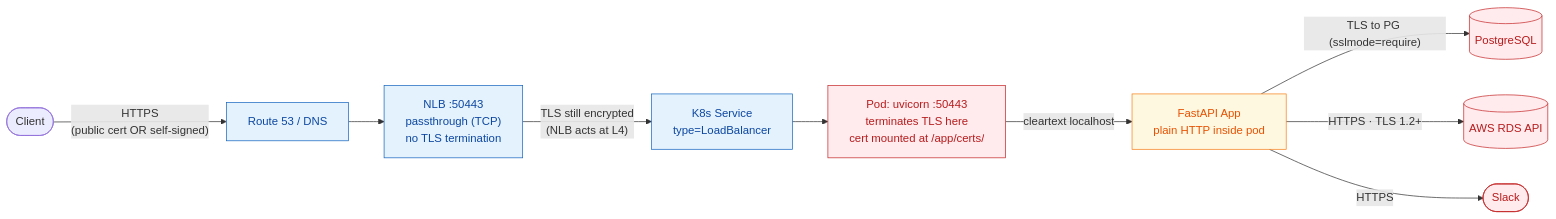
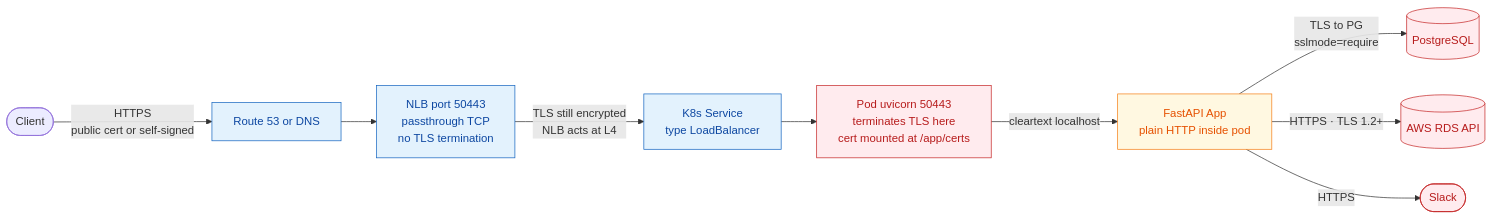
One commit to skondla/fastAPIWebApp changed the ninth of 13 diagrams in README.md. Above: the diagram before and after it, drawn with Mermaid. The commit also changed other lines of this file, not shown here.

````diff
--- a/README.md
+++ b/README.md
@@ -797,25 +820,25 @@
 ```mermaid
 flowchart LR
     classDef edge fill:#E3F2FD,stroke:#1565C0,color:#0D47A1
     classDef enc fill:#FFEBEE,stroke:#C62828,color:#B71C1C
     classDef plain fill:#FFF8E1,stroke:#F57F17,color:#E65100
 
-    CLIENT([Client]) -->|"HTTPS<br/>(public cert OR self-signed)"| DNS
+    CLIENT([Client]) -->|"HTTPS<br/>public cert or self-signed"| DNS
 
-    DNS[Route 53 / DNS]:::edge
+    DNS["Route 53 or DNS"]:::edge
     DNS --> NLB
 
-    NLB["NLB :50443<br/>passthrough (TCP)<br/>no TLS termination"]:::edge
-    NLB -->|"TLS still encrypted<br/>(NLB acts at L4)"| KSVC
+    NLB["NLB port 50443<br/>passthrough TCP<br/>no TLS termination"]:::edge
+    NLB -->|"TLS still encrypted<br/>NLB acts at L4"| KSVC
 
-    KSVC[K8s Service<br/>type=LoadBalancer]:::edge
+    KSVC["K8s Service<br/>type LoadBalancer"]:::edge
     KSVC --> POD
 
-    POD["Pod: uvicorn :50443<br/>terminates TLS here<br/>cert mounted at /app/certs/"]:::enc
-    POD -->|cleartext localhost| APP
+    POD["Pod uvicorn 50443<br/>terminates TLS here<br/>cert mounted at /app/certs"]:::enc
+    POD -->|"cleartext localhost"| APP
 
     APP["FastAPI App<br/>plain HTTP inside pod"]:::plain
-    APP -->|"TLS to PG (sslmode=require)"| PG[(PostgreSQL)]:::enc
-    APP -->|"HTTPS · TLS 1.2+"| RDS[(AWS RDS API)]:::enc
+    APP -->|"TLS to PG<br/>sslmode=require"| PG[("PostgreSQL")]:::enc
+    APP -->|"HTTPS · TLS 1.2+"| RDS[("AWS RDS API")]:::enc
     APP -->|"HTTPS"| SLACK([Slack]):::enc
 ```
````
